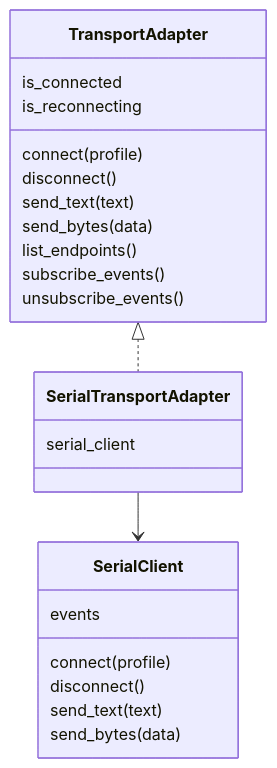
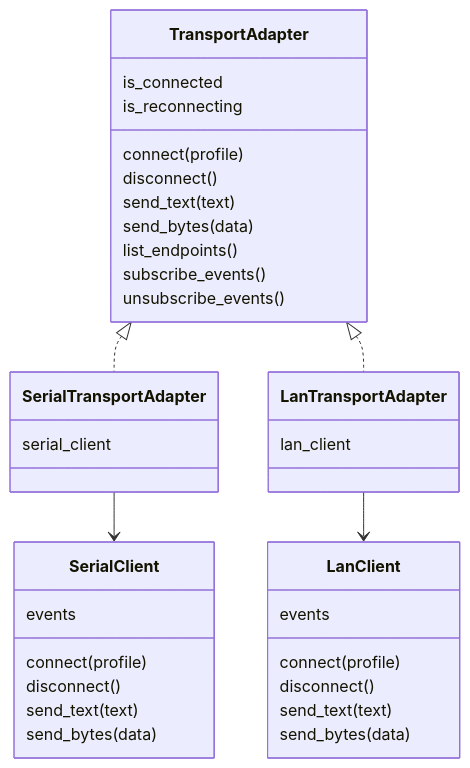
One commit to shuky-shukrun/ComPort-Zone changed diagram 11 of 11 in docs/DESIGN.md. Above: the diagram before and after it, drawn with Mermaid. The commit also changed other lines of this file and 26 other files, not shown here.

````diff
--- a/docs/DESIGN.md
+++ b/docs/DESIGN.md
@@ -411,29 +414,43 @@
 ```mermaid
 classDiagram
     class TransportAdapter {
         connect(profile)
         disconnect()
         send_text(text)
         send_bytes(data)
         list_endpoints()
         subscribe_events()
         unsubscribe_events()
         is_connected
         is_reconnecting
     }
 
     class SerialTransportAdapter {
         serial_client
     }
 
+    class LanTransportAdapter {
+        lan_client
+    }
+
     class SerialClient {
         connect(profile)
         disconnect()
         send_text(text)
         send_bytes(data)
         events
     }
 
+    class LanClient {
+        connect(profile)
+        disconnect()
+        send_text(text)
+        send_bytes(data)
+        events
+    }
+
     TransportAdapter <|.. SerialTransportAdapter
+    TransportAdapter <|.. LanTransportAdapter
     SerialTransportAdapter --> SerialClient
+    LanTransportAdapter --> LanClient
 ```
````
